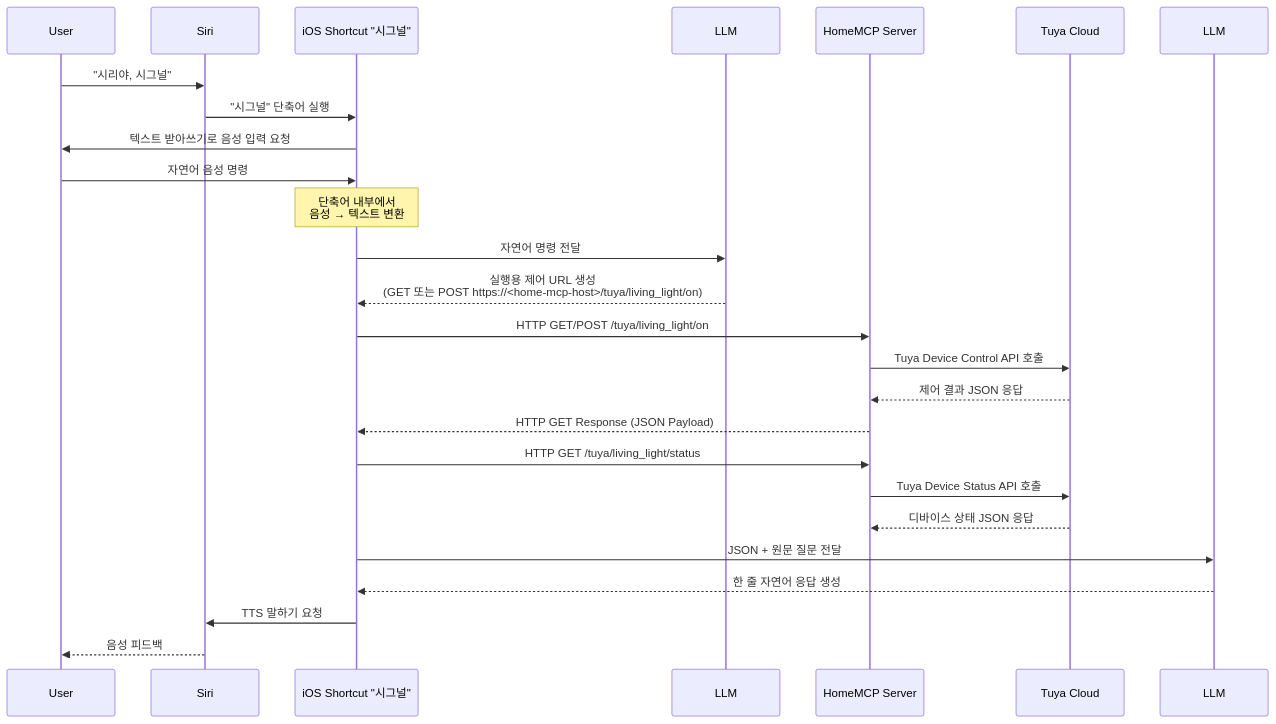
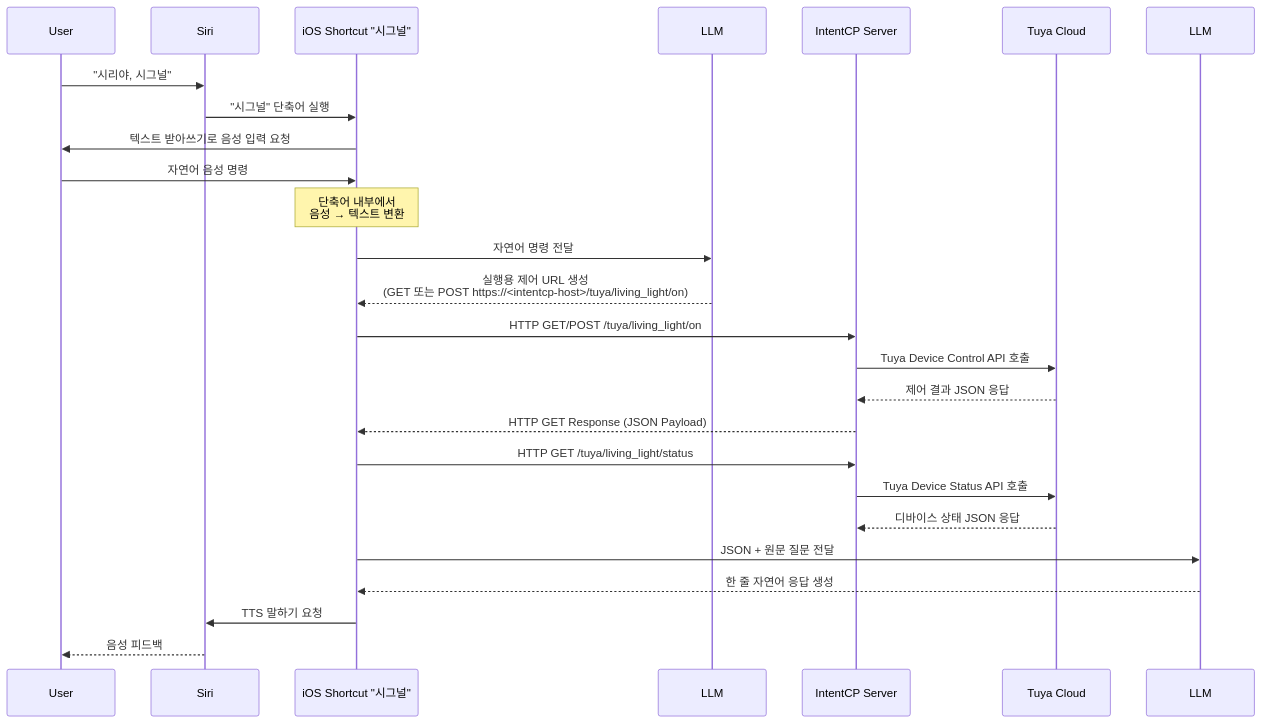
The first of 2 diagrams in README.ko.md (jaebinsim/HomeMCP), drawn with Mermaid before and after one commit. The commit also changed other lines of this file and 83 other files, not shown here.

First line of the commit message:
refactor: rename HomeMCP to IntentCP and clean CLI/packaging (#2)

````diff
--- a/README.ko.md
+++ b/README.ko.md
@@ -139,42 +146,42 @@
 ```mermaid
 sequenceDiagram
     participant User as User
     participant Siri as Siri
     participant Shortcuts as iOS Shortcut "시그널"
     participant LLM1 as LLM #1 (Command Generator)
-    participant HomeMCP as HomeMCP Server
+    participant IntentCP as IntentCP Server
     participant Tuya as Tuya Cloud
     participant LLM2 as LLM #2 (Response Generator)
 
     %% 1. 단축어 호출
     User->>Siri: "시리야, 시그널"
     Siri->>Shortcuts: "시그널" 단축어 실행
 
     %% 2. 단축어 안에서 음성 → 텍스트
     Shortcuts->>User: 텍스트 받아쓰기로 음성 입력 요청
     User->>Shortcuts: 자연어 음성 명령
     Note over Shortcuts: 단축어 내부에서<br/>음성 → 텍스트 변환
 
     %% 3. LLM #1: 명령 URL 생성
     Shortcuts->>LLM1: 자연어 명령 전달
-    LLM1-->>Shortcuts: 실행용 제어 URL 생성<br/>(GET 또는 POST https://<home-mcp-host>/tuya/living_light/on)
+    LLM1-->>Shortcuts: 실행용 제어 URL 생성<br/>(GET 또는 POST https://<intentcp-host>/tuya/living_light/on)
 
-    %% 4. HomeMCP ↔ Tuya (Device Control)
-    Shortcuts->>HomeMCP: HTTP GET/POST /tuya/living_light/on
-    HomeMCP->>Tuya: Tuya Device Control API 호출
-    Tuya-->>HomeMCP: 제어 결과 JSON 응답
-    HomeMCP-->>Shortcuts: HTTP GET Response (JSON Payload)
+    %% 4. IntentCP ↔ Tuya (Device Control)
+    Shortcuts->>IntentCP: HTTP GET/POST /tuya/living_light/on
+    IntentCP->>Tuya: Tuya Device Control API 호출
+    Tuya-->>IntentCP: 제어 결과 JSON 응답
+    IntentCP-->>Shortcuts: HTTP GET Response (JSON Payload)
 
     %% 4-1. Device Status Query (Optional)
-    Shortcuts->>HomeMCP: HTTP GET /tuya/living_light/status
-    HomeMCP->>Tuya: Tuya Device Status API 호출
-    Tuya-->>HomeMCP: 디바이스 상태 JSON 응답
+    Shortcuts->>IntentCP: HTTP GET /tuya/living_light/status
+    IntentCP->>Tuya: Tuya Device Status API 호출
+    Tuya-->>IntentCP: 디바이스 상태 JSON 응답
 
     %% 5. LLM #2: 응답 문장 생성
     Shortcuts->>LLM2: JSON + 원문 질문 전달
     LLM2-->>Shortcuts: 한 줄 자연어 응답 생성
 
     %% 6. 최종 피드백
     Shortcuts->>Siri: TTS 말하기 요청
     Siri-->>User: 음성 피드백
 ```
````
